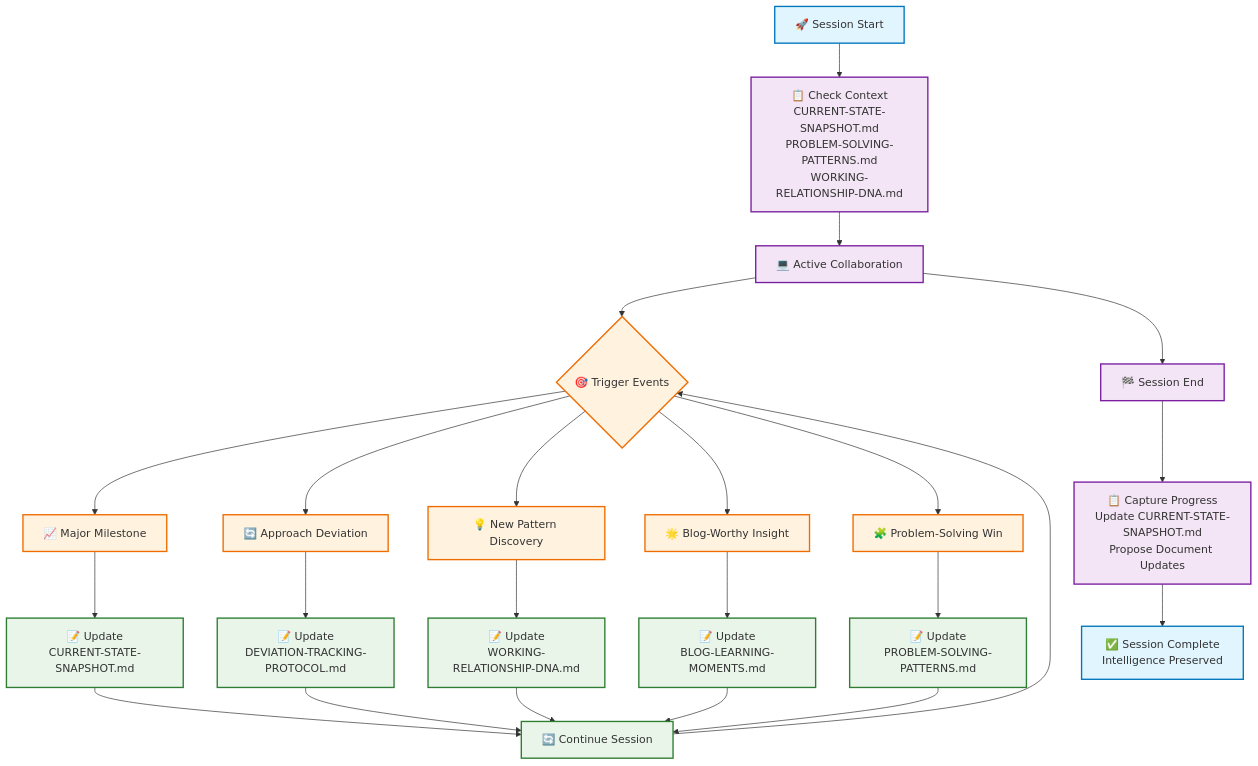
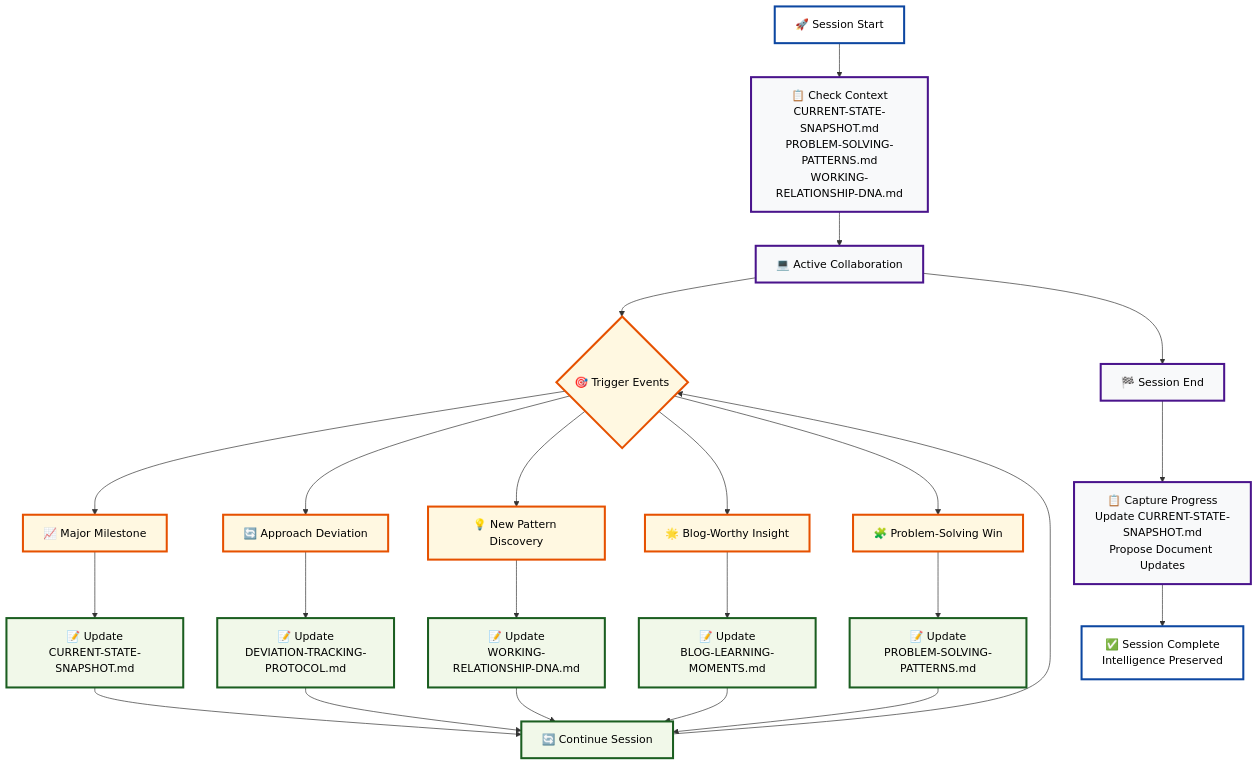
The diagram in session-continuity/README.md (ronanchris/professional-markdown-toolkit-v2), drawn with Mermaid before and after one commit.

Commit message:
Fix diagram contrast for better readability
- Changed to white/light backgrounds with black text
- Increased border thickness to 3px
- Used darker border colors for better definition
- Ensures accessibility and readability on all displays

````diff
--- a/session-continuity/README.md
+++ b/session-continuity/README.md
@@ -6,43 +6,43 @@
 ```mermaid
 graph TD
     A["🚀 Session Start"] --> B["📋 Check Context<br/>CURRENT-STATE-SNAPSHOT.md<br/>PROBLEM-SOLVING-PATTERNS.md<br/>WORKING-RELATIONSHIP-DNA.md"]
     
     B --> C["💻 Active Collaboration"]
     
     C --> D{"🎯 Trigger Events"}
     
     D --> E["📈 Major Milestone"] 
     D --> F["🔄 Approach Deviation"]
     D --> G["💡 New Pattern Discovery"]
     D --> H["🌟 Blog-Worthy Insight"]
     D --> I["🧩 Problem-Solving Win"]
     
     E --> J["📝 Update<br/>CURRENT-STATE-SNAPSHOT.md"]
     F --> K["📝 Update<br/>DEVIATION-TRACKING-PROTOCOL.md"]
     G --> L["📝 Update<br/>WORKING-RELATIONSHIP-DNA.md"]
     H --> M["📝 Update<br/>BLOG-LEARNING-MOMENTS.md"]
     I --> N["📝 Update<br/>PROBLEM-SOLVING-PATTERNS.md"]
     
     J --> O["🔄 Continue Session"]
     K --> O
     L --> O
     M --> O
     N --> O
     
     O --> D
     
     C --> P["🏁 Session End"]
     P --> Q["📋 Capture Progress<br/>Update CURRENT-STATE-SNAPSHOT.md<br/>Propose Document Updates"]
     
     Q --> R["✅ Session Complete<br/>Intelligence Preserved"]
     
-    classDef startEnd fill:#e1f5fe,stroke:#0277bd,stroke-width:2px
-    classDef process fill:#f3e5f5,stroke:#7b1fa2,stroke-width:2px
-    classDef trigger fill:#fff3e0,stroke:#ef6c00,stroke-width:2px
-    classDef update fill:#e8f5e8,stroke:#2e7d32,stroke-width:2px
+    classDef startEnd fill:#ffffff,stroke:#0d47a1,stroke-width:3px,color:#000000
+    classDef process fill:#f8f9fa,stroke:#4a148c,stroke-width:3px,color:#000000
+    classDef trigger fill:#fff8e1,stroke:#e65100,stroke-width:3px,color:#000000
+    classDef update fill:#f1f8e9,stroke:#1b5e20,stroke-width:3px,color:#000000
     
     class A,R startEnd
     class B,C,P,Q process
     class D,E,F,G,H,I trigger
     class J,K,L,M,N,O update
 ```
````
